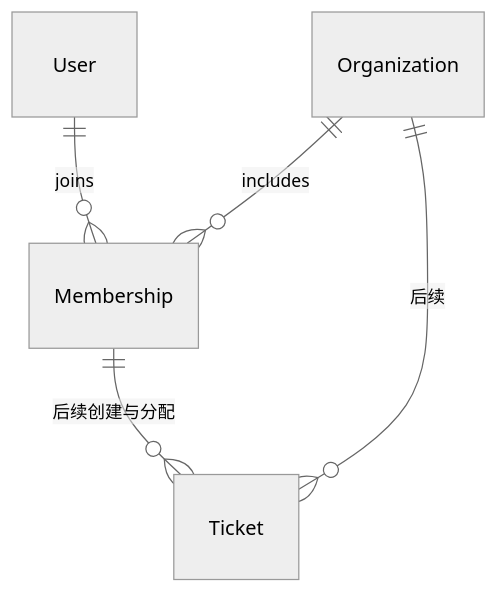
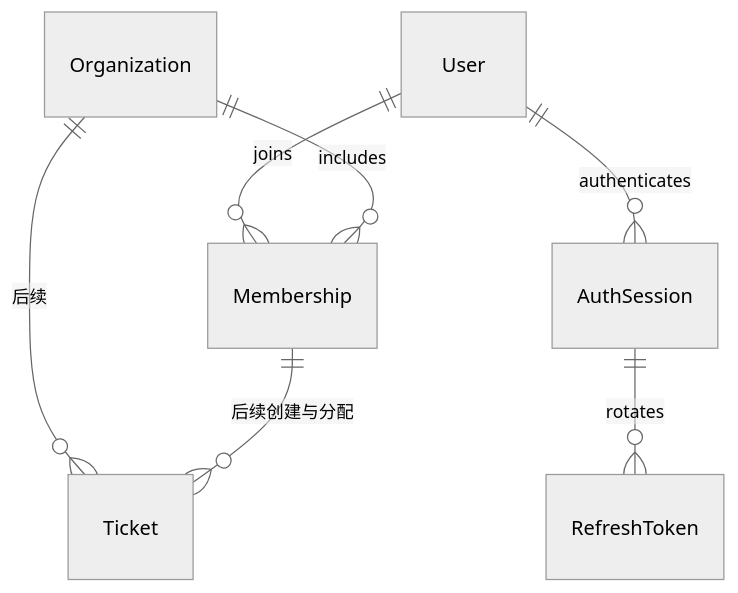
One commit to Zhangyulong12/agri-iot-platform changed the diagram in docs/database-design.md. Above: the diagram before and after it, drawn with Mermaid (neutral theme). The commit also changed other lines of this file and 57 other files, not shown here.

Commit message:
feat: implement FlowDesk authentication and session lifecycle

````diff
--- a/docs/database-design.md
+++ b/docs/database-design.md
@@ -7,7 +7,9 @@
 ```mermaid
 erDiagram
   User ||--o{ Membership : joins
   Organization ||--o{ Membership : includes
+  User ||--o{ AuthSession : authenticates
+  AuthSession ||--o{ RefreshToken : rotates
   Organization ||--o{ Ticket : "后续"
   Membership ||--o{ Ticket : "后续创建与分配"
 ```
````
